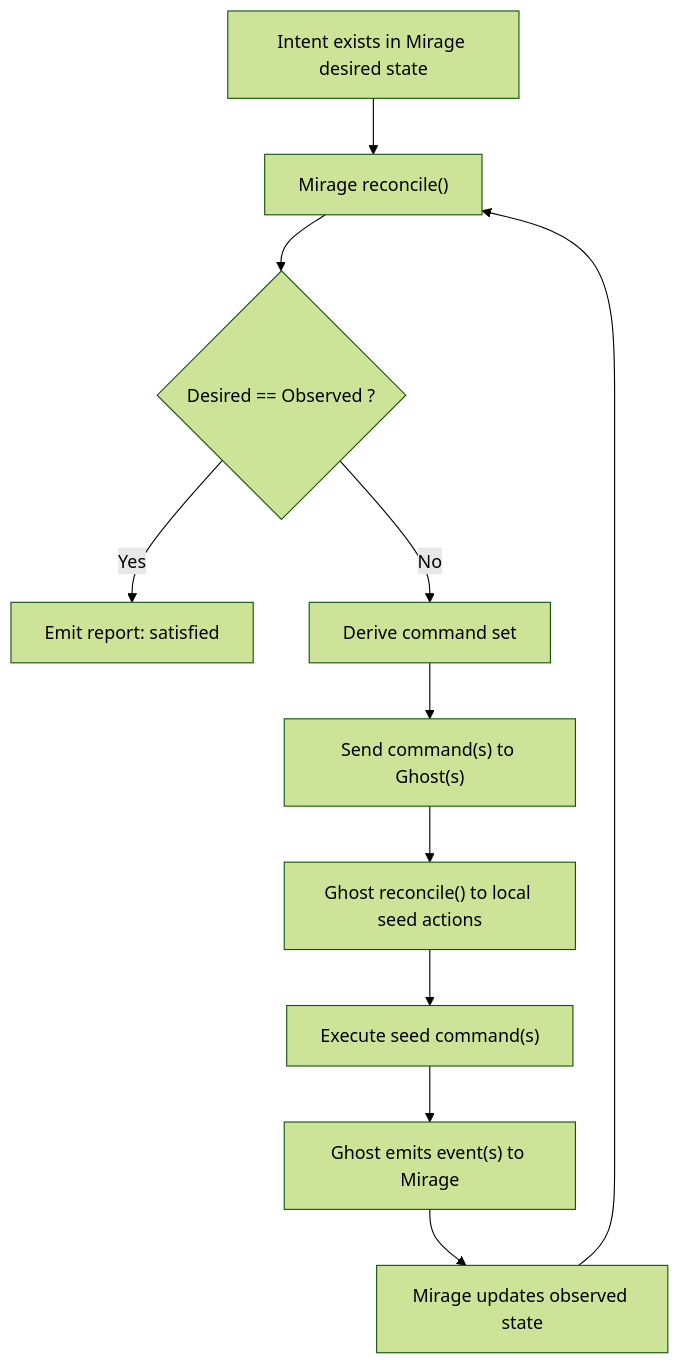
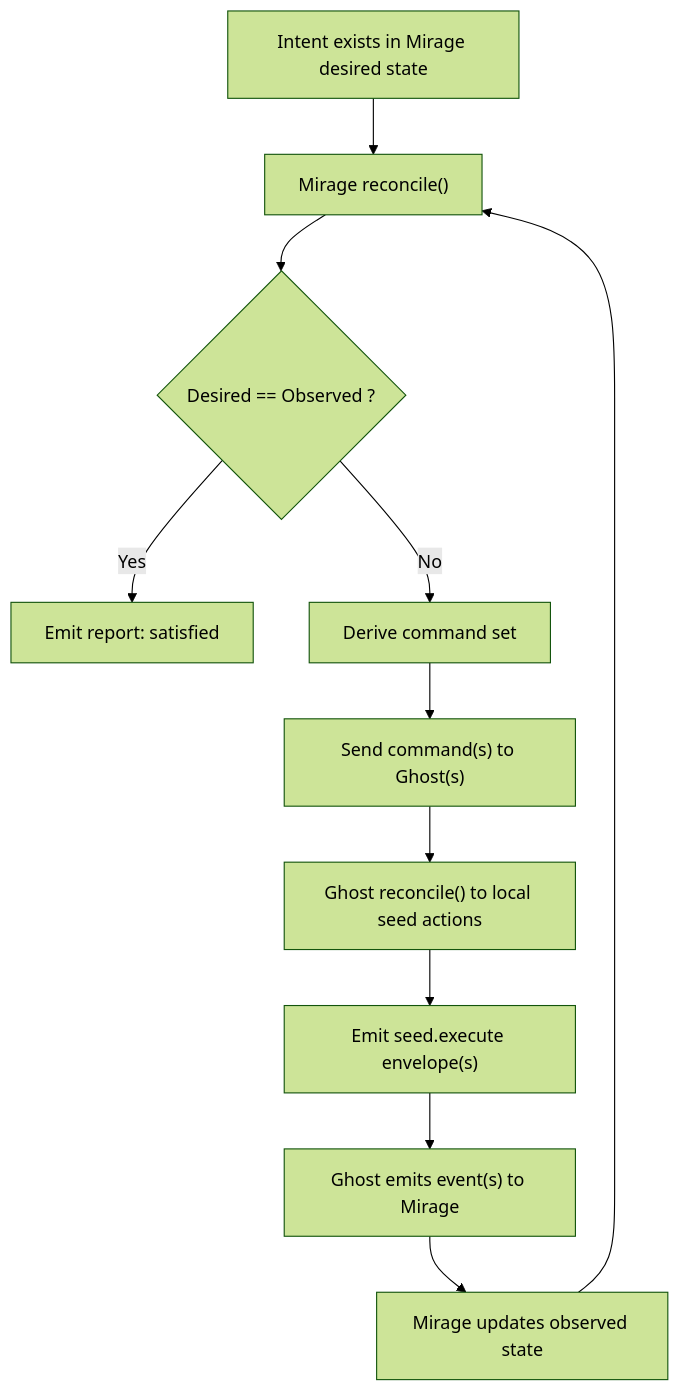
Before and after one commit to danmuck/edgectl: the diagram in docs/architecture/models/decision_model.mmd, drawn with Mermaid (forest theme). The commit also changed 25 other files, not shown here.

```diff
--- a/docs/architecture/models/decision_model.mmd
+++ b/docs/architecture/models/decision_model.mmd
@@ -1,11 +1,11 @@
 flowchart TD
     A["Intent exists in Mirage desired state"] --> B["Mirage reconcile()"]
     B --> C{"Desired == Observed ?"}
     C -- "Yes" --> D["Emit report: satisfied"]
     C -- "No" --> E["Derive command set"]
     E --> F["Send command(s) to Ghost(s)"]
     F --> G["Ghost reconcile() to local seed actions"]
-    G --> H["Execute seed command(s)"]
+    G --> H["Emit seed.execute envelope(s)"]
     H --> I["Ghost emits event(s) to Mirage"]
     I --> J["Mirage updates observed state"]
     J --> B
```
